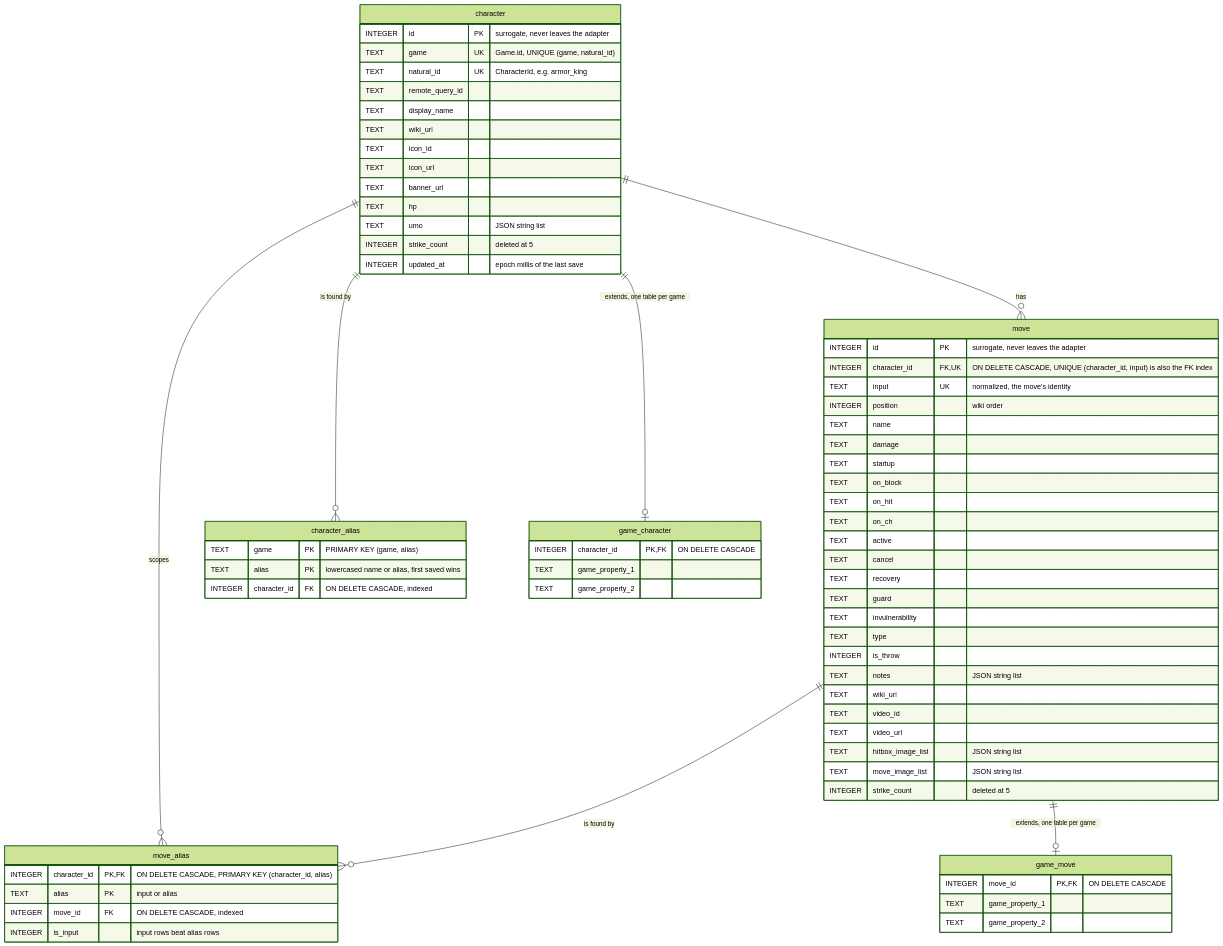
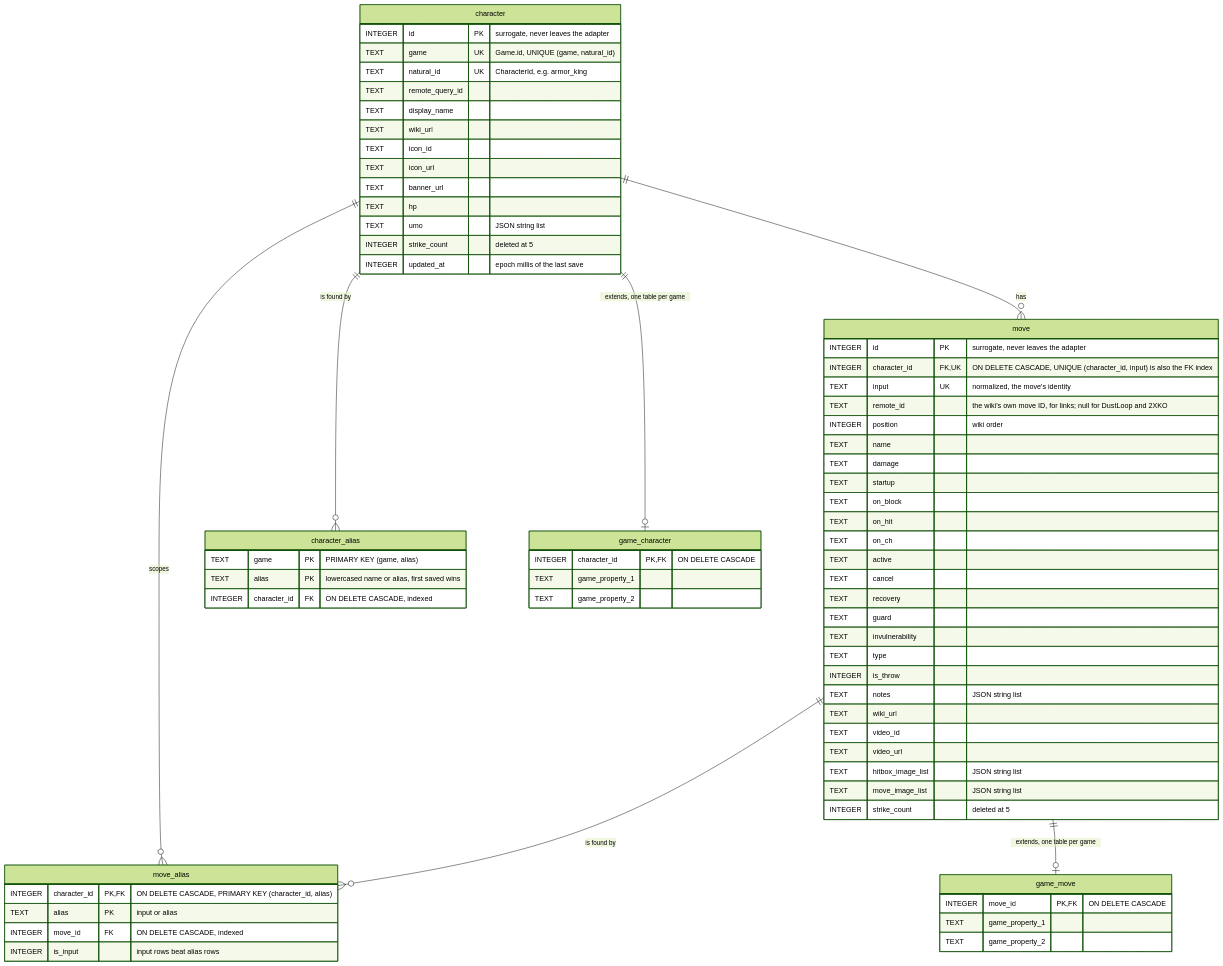
Before and after one commit to Sophon/FightingNerd: the diagram in feat/wiki/src/commonMain/kotlin/io/github/sophon/wiki/docs/database.mmd, drawn with Mermaid (forest theme). The commit also changed 28 other files, not shown here.

```diff
--- a/feat/wiki/src/commonMain/kotlin/io/github/sophon/wiki/docs/database.mmd
+++ b/feat/wiki/src/commonMain/kotlin/io/github/sophon/wiki/docs/database.mmd
@@ -1,70 +1,71 @@
 erDiagram
     character ||--o{ move : "has"
     character ||--o{ character_alias : "is found by"
     character ||--o{ move_alias : "scopes"
     move ||--o{ move_alias : "is found by"
     character ||--o| game_character : "extends, one table per game"
     move ||--o| game_move : "extends, one table per game"
 
     character {
         INTEGER id PK "surrogate, never leaves the adapter"
         TEXT game UK "Game.id, UNIQUE (game, natural_id)"
         TEXT natural_id UK "CharacterId, e.g. armor_king"
         TEXT remote_query_id
         TEXT display_name
         TEXT wiki_url
         TEXT icon_id
         TEXT icon_url
         TEXT banner_url
         TEXT hp
         TEXT umo "JSON string list"
         INTEGER strike_count "deleted at 5"
         INTEGER updated_at "epoch millis of the last save"
     }
     character_alias {
         TEXT game PK "PRIMARY KEY (game, alias)"
         TEXT alias PK "lowercased name or alias, first saved wins"
         INTEGER character_id FK "ON DELETE CASCADE, indexed"
     }
     move {
         INTEGER id PK "surrogate, never leaves the adapter"
         INTEGER character_id FK, UK "ON DELETE CASCADE, UNIQUE (character_id, input) is also the FK index"
         TEXT input UK "normalized, the move's identity"
+        TEXT remote_id "the wiki's own move ID, for links; null for DustLoop and 2XKO"
         INTEGER position "wiki order"
         TEXT name
         TEXT damage
         TEXT startup
         TEXT on_block
         TEXT on_hit
         TEXT on_ch
         TEXT active
         TEXT cancel
         TEXT recovery
         TEXT guard
         TEXT invulnerability
         TEXT type
         INTEGER is_throw
         TEXT notes "JSON string list"
         TEXT wiki_url
         TEXT video_id
         TEXT video_url
         TEXT hitbox_image_list "JSON string list"
         TEXT move_image_list "JSON string list"
         INTEGER strike_count "deleted at 5"
     }
     move_alias {
         INTEGER character_id PK, FK "ON DELETE CASCADE, PRIMARY KEY (character_id, alias)"
         TEXT alias PK "input or alias"
         INTEGER move_id FK "ON DELETE CASCADE, indexed"
         INTEGER is_input "input rows beat alias rows"
     }
     game_character {
         INTEGER character_id PK, FK "ON DELETE CASCADE"
         TEXT game_property_1
         TEXT game_property_2
     }
     game_move {
         INTEGER move_id PK, FK "ON DELETE CASCADE"
         TEXT game_property_1
         TEXT game_property_2
     }
```
